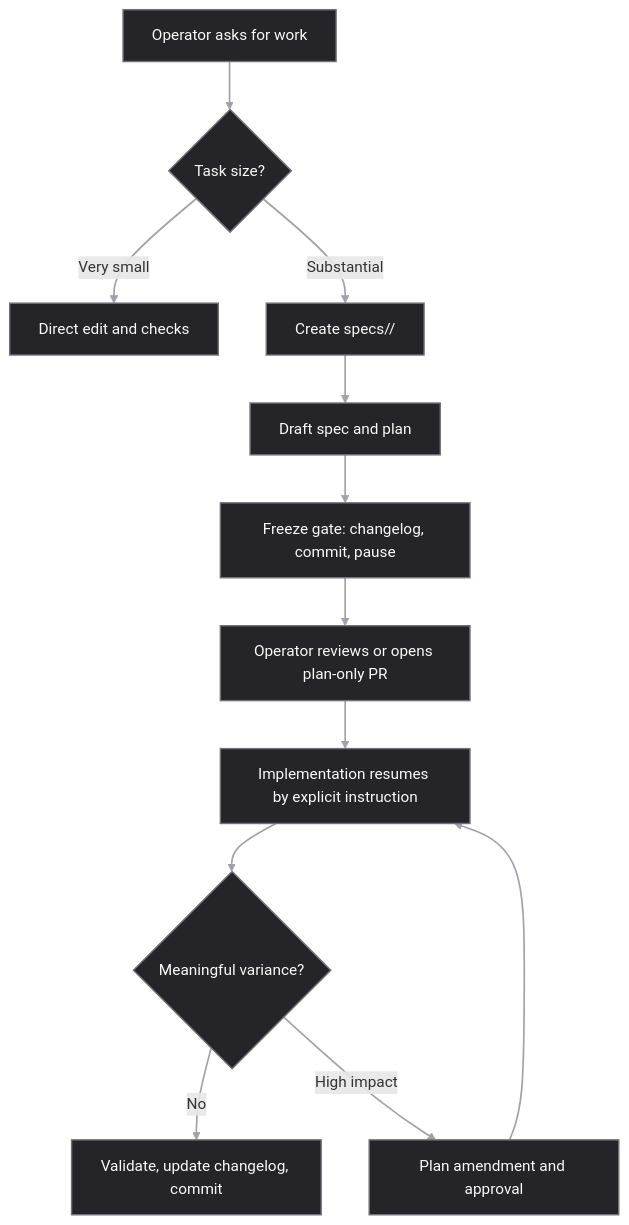
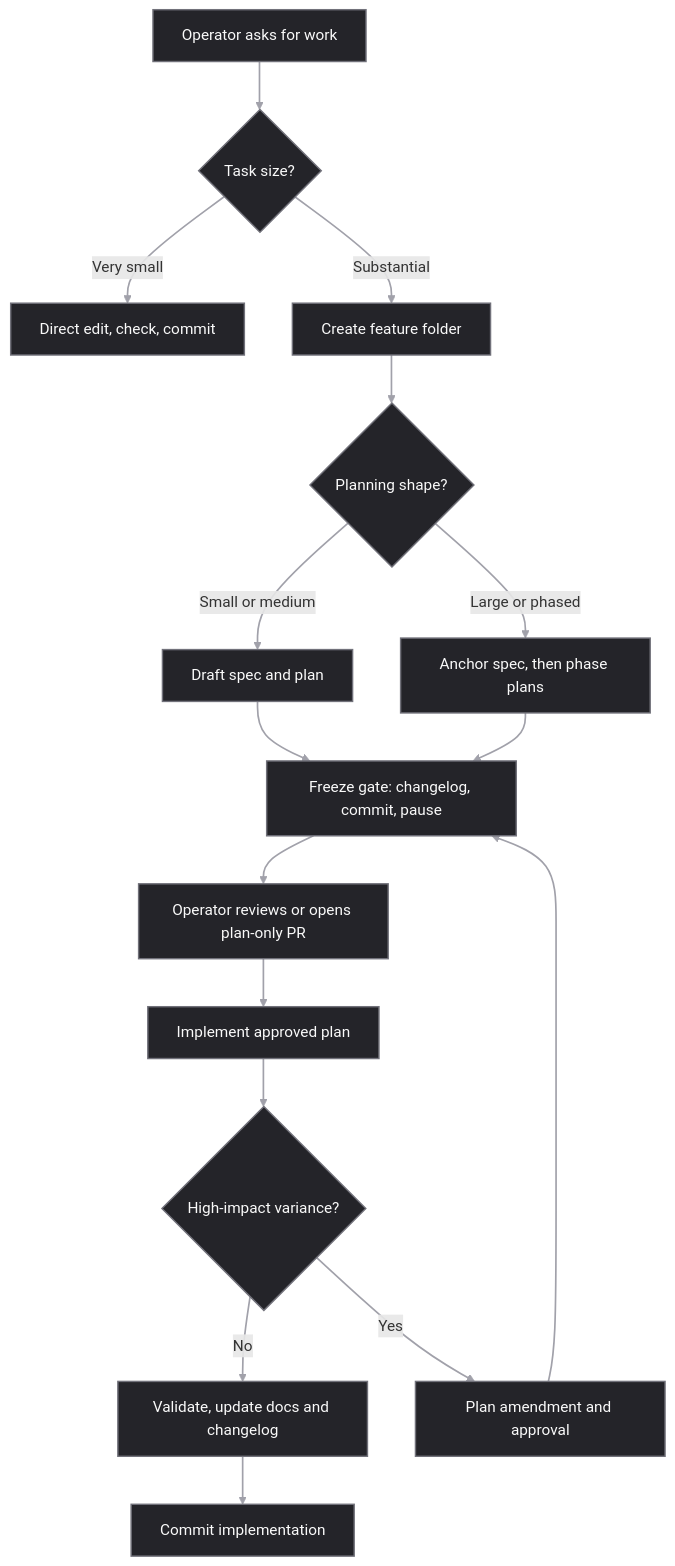
One commit to itxyzzz/dev-doc-harness changed the diagram in README.md. Above: the diagram before and after it, drawn with Mermaid. The commit also changed 1 other file, not shown here.

Commit message:
Clarify README flow diagram

````diff
--- a/README.md
+++ b/README.md
@@ -12,17 +12,21 @@
 ```mermaid
 flowchart TD
     A["Operator asks for work"]:::house --> B{"Task size?"}:::house
-    B -->|Very small| C["Direct edit and checks"]:::house
-    B -->|Substantial| D["Create specs/<feature-id>/"]:::house
-    D --> E["Draft spec and plan"]:::house
-    E --> F["Freeze gate: changelog, commit, pause"]:::house
-    F --> G["Operator reviews or opens plan-only PR"]:::house
-    G --> H["Implementation resumes by explicit instruction"]:::house
-    H --> I{"Meaningful variance?"}:::house
-    I -->|No| J["Validate, update changelog, commit"]:::house
-    I -->|High impact| K["Plan amendment and approval"]:::house
-    K --> H
+    B -->|Very small| C["Direct edit, check, commit"]:::house
+    B -->|Substantial| D["Create feature folder"]:::house
+    D --> E{"Planning shape?"}:::house
+    E -->|Small or medium| F["Draft spec and plan"]:::house
+    E -->|Large or phased| G["Anchor spec, then phase plans"]:::house
+    F --> H["Freeze gate: changelog, commit, pause"]:::house
+    G --> H
+    H --> I["Operator reviews or opens plan-only PR"]:::house
+    I --> J["Implement approved plan"]:::house
+    J --> K{"High-impact variance?"}:::house
+    K -->|No| L["Validate, update docs and changelog"]:::house
+    L --> M["Commit implementation"]:::house
+    K -->|Yes| N["Plan amendment and approval"]:::house
+    N --> H
 
     classDef house fill:#242429,stroke:#71717a,stroke-width:1.5px,color:#fafafa
     linkStyle default stroke:#a1a1aa,stroke-width:1.75px
 ```
````
